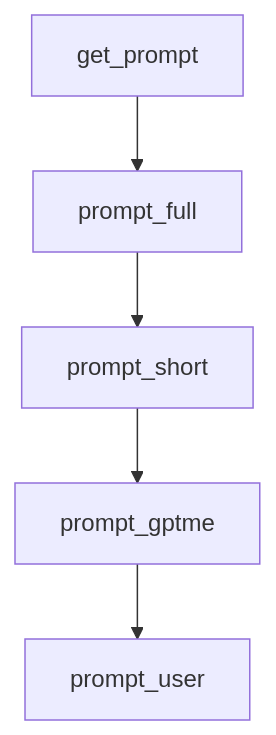
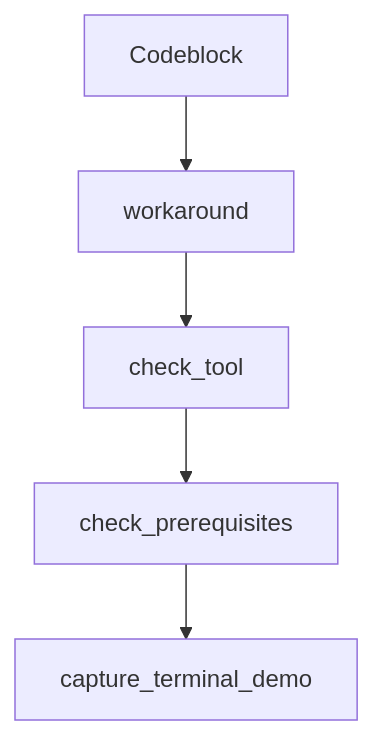
One commit to johnxie/awesome-code-docs changed the diagram in tutorials/gptme-tutorial/01-getting-started.md. Above: the diagram before and after it, drawn with Mermaid. The commit also changed other lines of this file and 1232 other files, not shown here.

````diff
--- a/tutorials/gptme-tutorial/01-getting-started.md
+++ b/tutorials/gptme-tutorial/01-getting-started.md
@@ -213,12 +211,12 @@
 ```mermaid
 flowchart TD
-    A[get_prompt]
-    B[prompt_full]
-    C[prompt_short]
-    D[prompt_gptme]
-    E[prompt_user]
+    A[Codeblock]
+    B[workaround]
+    C[check_tool]
+    D[check_prerequisites]
+    E[capture_terminal_demo]
     A --> B
     B --> C
     C --> D
     D --> E
 ```
````
